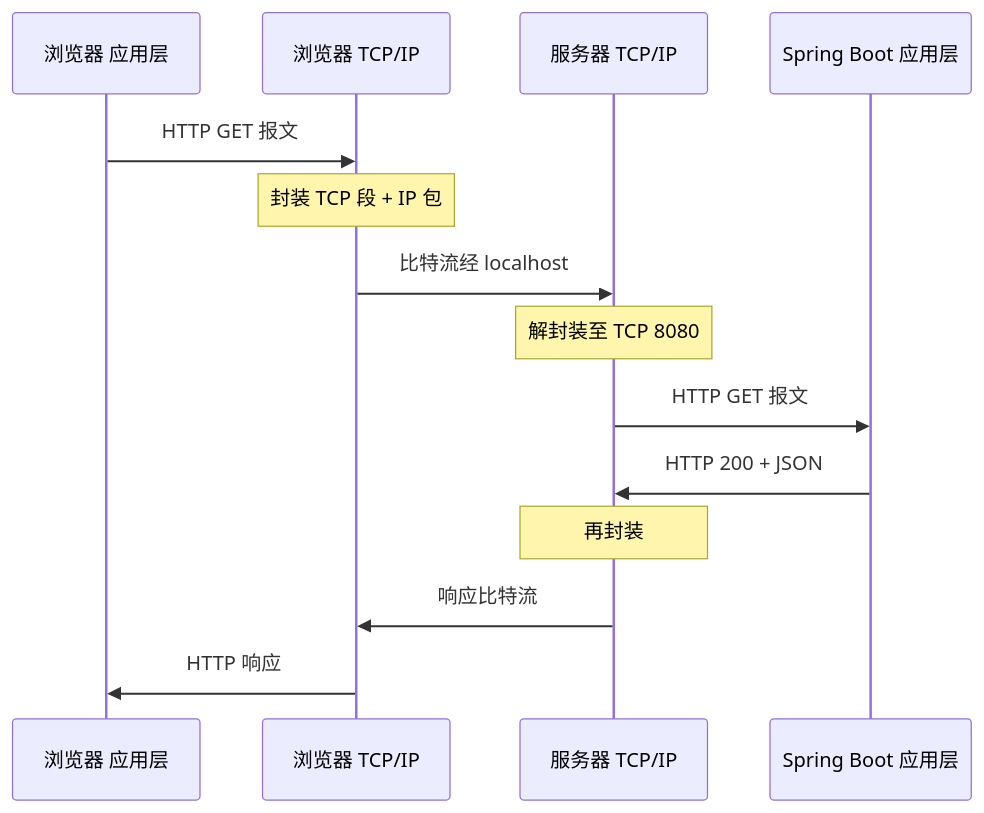
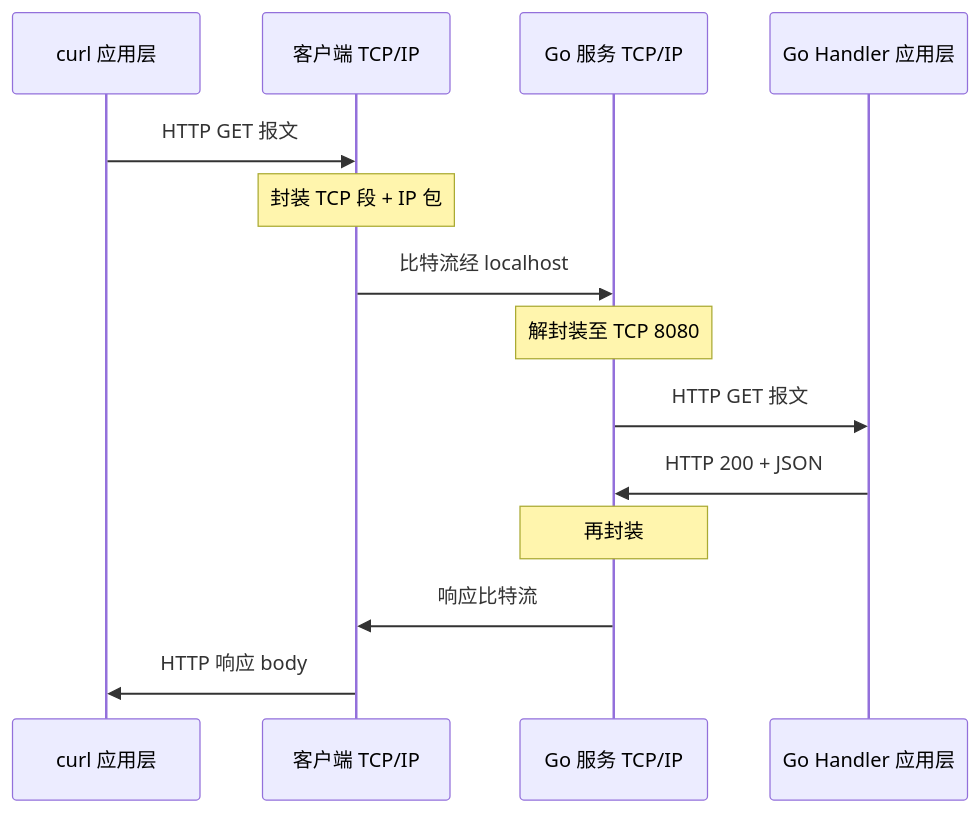
Before and after one commit to moqix26/study: the second of 3 diagrams in 前端学习/计算机网络/01-网络分层与通信基础.md, drawn with Mermaid. The commit also changed other lines of this file and 10 other files, not shown here.

````diff
--- a/前端学习/计算机网络/01-网络分层与通信基础.md
+++ b/前端学习/计算机网络/01-网络分层与通信基础.md
@@ -503,16 +287,16 @@
 ```mermaid
 sequenceDiagram
-  participant B as 浏览器 应用层
-  participant BT as 浏览器 TCP/IP
-  participant ST as 服务器 TCP/IP
-  participant S as Spring Boot 应用层
-  B->>BT: HTTP GET 报文
-  Note over BT: 封装 TCP 段 + IP 包
-  BT->>ST: 比特流经 localhost
+  participant C as curl 应用层
+  participant CT as 客户端 TCP/IP
+  participant ST as Go 服务 TCP/IP
+  participant S as Go Handler 应用层
+  C->>CT: HTTP GET 报文
+  Note over CT: 封装 TCP 段 + IP 包
+  CT->>ST: 比特流经 localhost
   Note over ST: 解封装至 TCP 8080
   ST->>S: HTTP GET 报文
   S->>ST: HTTP 200 + JSON
   Note over ST: 再封装
-  ST->>BT: 响应比特流
-  BT->>B: HTTP 响应
+  ST->>CT: 响应比特流
+  CT->>C: HTTP 响应 body
 ```
````
